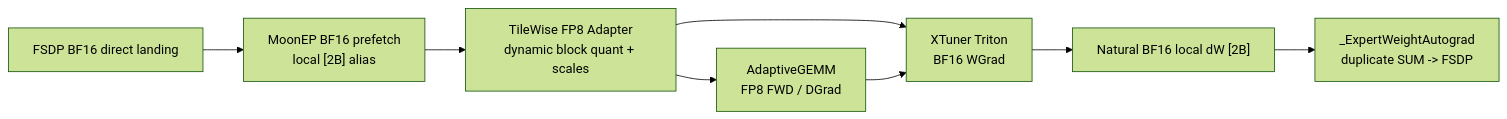
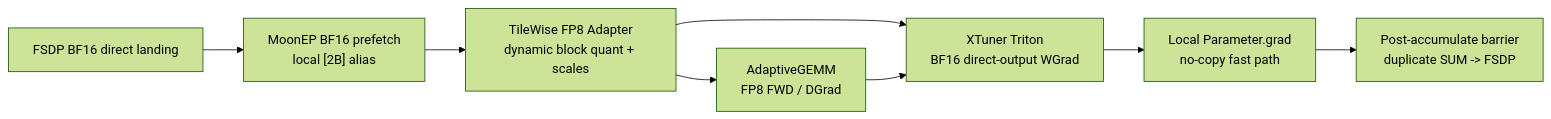
One commit to jayhenry/xtuner changed the fourth of 9 diagrams in xtuner_ep_extend.md. Above: the diagram before and after it, drawn with Mermaid (forest theme). The commit also changed other lines of this file and 17 other files, not shown here.

Commit message:
refactor(moonep): land parameter gradients without staging copy

````diff
--- a/xtuner_ep_extend.md
+++ b/xtuner_ep_extend.md
@@ -127,10 +132,10 @@
 ```mermaid
 flowchart LR
     A["FSDP BF16 direct landing"] --> B["MoonEP BF16 prefetch<br/>local [2B] alias"]
     B --> C["TileWise FP8 Adapter<br/>dynamic block quant + scales"]
     C --> D["AdaptiveGEMM<br/>FP8 FWD / DGrad"]
-    C --> E["XTuner Triton<br/>BF16 WGrad"]
+    C --> E["XTuner Triton<br/>BF16 direct-output WGrad"]
     D --> E
-    E --> F["Natural BF16 local dW [2B]"]
-    F --> G["_ExpertWeightAutograd<br/>duplicate SUM -> FSDP"]
+    E --> F["Local Parameter.grad<br/>no-copy fast path"]
+    F --> G["Post-accumulate barrier<br/>duplicate SUM -> FSDP"]
 ```
````
